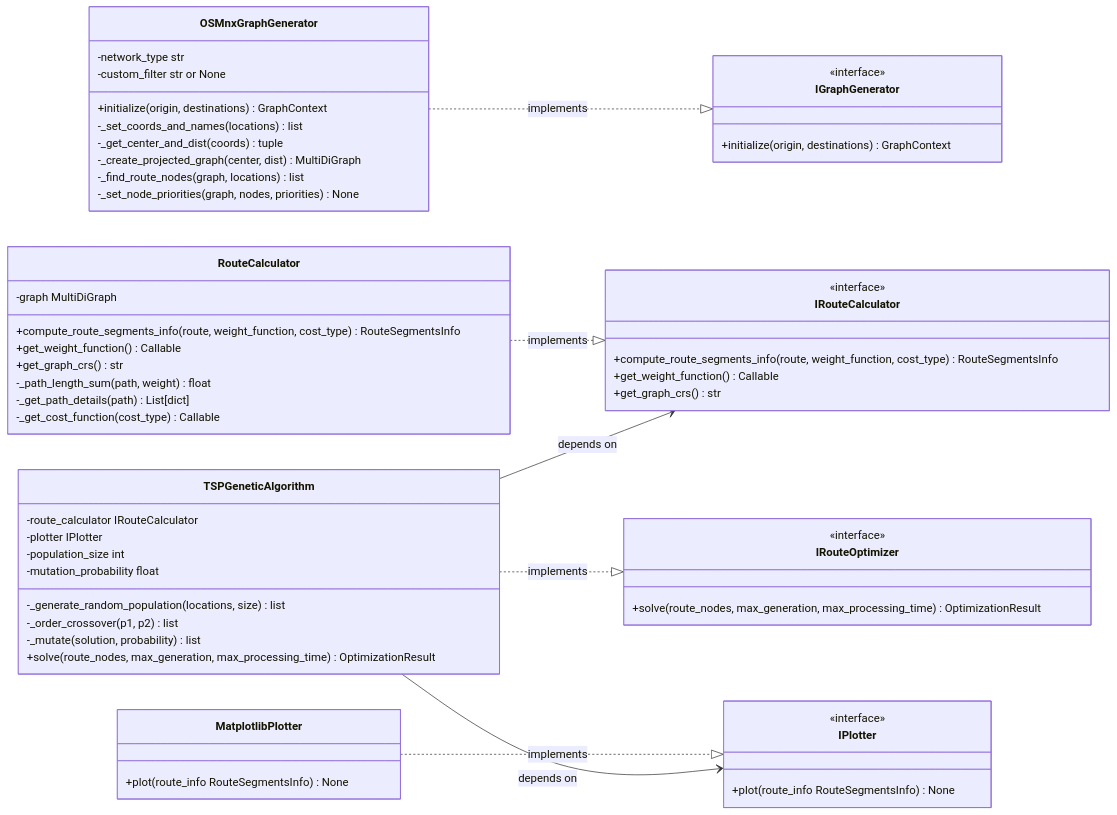
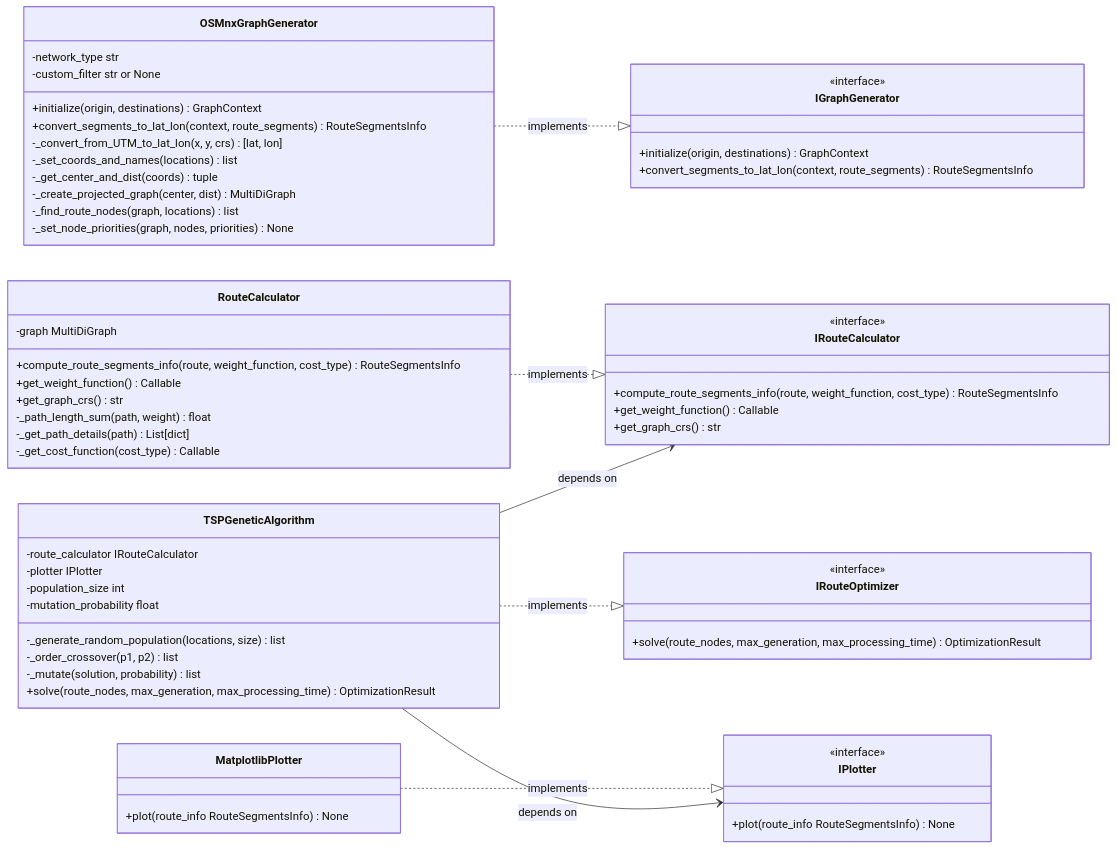
One commit to luizaaca/api_best_route changed the second of 3 diagrams in architecture.md. Above: the diagram before and after it, drawn with Mermaid. The commit also changed other lines of this file and 12 other files, not shown here.

Commit message:
feat: Update README and architecture documentation, enhance RouteOptimizationService with segment conversion, and improve route calculation logic

````diff
--- a/architecture.md
+++ b/architecture.md
@@ -178,70 +180,73 @@
 ```mermaid
 classDiagram
     direction LR
 
     class IGraphGenerator {
         <<interface>>
         +initialize(origin, destinations) GraphContext
+        +convert_segments_to_lat_lon(context, route_segments) RouteSegmentsInfo
     }
 
     class IRouteCalculator {
         <<interface>>
         +compute_route_segments_info(route, weight_function, cost_type) RouteSegmentsInfo
         +get_weight_function() Callable
         +get_graph_crs() str
     }
 
     class IRouteOptimizer {
         <<interface>>
         +solve(route_nodes, max_generation, max_processing_time) OptimizationResult
     }
 
     class IPlotter {
         <<interface>>
         +plot(route_info RouteSegmentsInfo) None
     }
 
     class OSMnxGraphGenerator {
         -network_type str
         -custom_filter str or None
         +initialize(origin, destinations) GraphContext
+        +convert_segments_to_lat_lon(context, route_segments) RouteSegmentsInfo
+        -_convert_from_UTM_to_lat_lon(x, y, crs) [lat, lon]
         -_set_coords_and_names(locations) list
         -_get_center_and_dist(coords) tuple
         -_create_projected_graph(center, dist) MultiDiGraph
         -_find_route_nodes(graph, locations) list
         -_set_node_priorities(graph, nodes, priorities) None
     }
 
     class RouteCalculator {
         -graph MultiDiGraph
         +compute_route_segments_info(route, weight_function, cost_type) RouteSegmentsInfo
         +get_weight_function() Callable
         +get_graph_crs() str
         -_path_length_sum(path, weight) float
         -_get_path_details(path) List[dict]
         -_get_cost_function(cost_type) Callable
     }
 
     class TSPGeneticAlgorithm {
         -route_calculator IRouteCalculator
         -plotter IPlotter           
         -population_size int
         -mutation_probability float
         -_generate_random_population(locations, size) list
         -_order_crossover(p1, p2) list
         -_mutate(solution, probability) list
         +solve(route_nodes, max_generation, max_processing_time) OptimizationResult
     }
 
     class MatplotlibPlotter {
         +plot(route_info RouteSegmentsInfo) None
     }
 
     OSMnxGraphGenerator ..|> IGraphGenerator : implements
     RouteCalculator ..|> IRouteCalculator : implements
     TSPGeneticAlgorithm ..|> IRouteOptimizer : implements
     MatplotlibPlotter ..|> IPlotter : implements
 
     TSPGeneticAlgorithm --> IRouteCalculator : depends on
     TSPGeneticAlgorithm --> IPlotter : depends on
 ```
````
